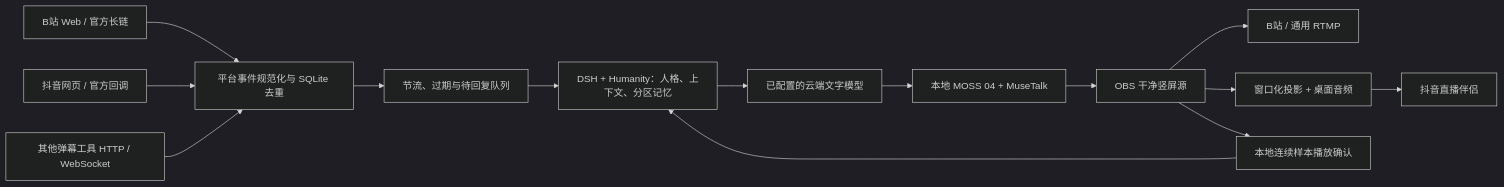
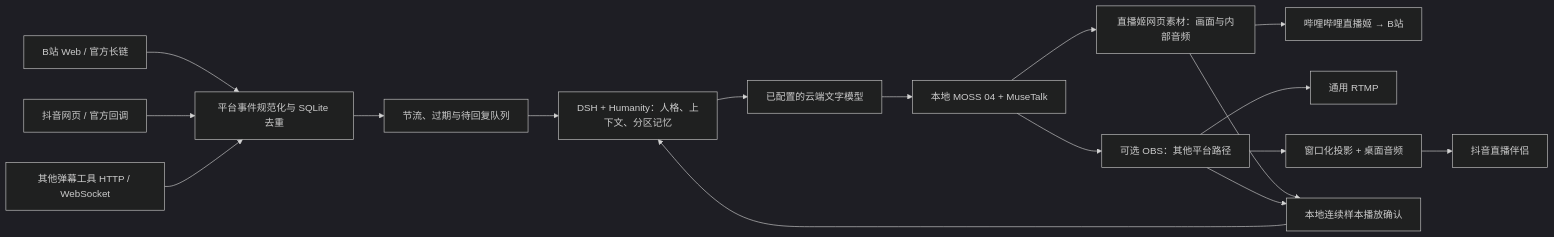
One commit to wikigsroom/Ai-Talk-Streamer changed the diagram in docs/PLATFORM_INTEGRATION.md. Above: the diagram before and after it, drawn with Mermaid (dark theme). The commit also changed other lines of this file and 41 other files, not shown here.

````diff
--- a/docs/PLATFORM_INTEGRATION.md
+++ b/docs/PLATFORM_INTEGRATION.md
@@ -23,16 +23,19 @@
 ```mermaid
 flowchart LR
   B["B站 Web / 官方长链"] --> E["平台事件规范化与 SQLite 去重"]
   D["抖音网页 / 官方回调"] --> E
   R["其他弹幕工具 HTTP / WebSocket"] --> E
   E --> Q["节流、过期与待回复队列"]
   Q --> H["DSH + Humanity：人格、上下文、分区记忆"]
   H --> L["已配置的云端文字模型"]
   L --> T["本地 MOSS 04 + MuseTalk"]
-  T --> O["OBS 干净竖屏源"]
-  O --> BILI["B站 / 通用 RTMP"]
+  T --> N["直播姬网页素材：画面与内部音频"]
+  N --> BILI["哔哩哔哩直播姬 → B站"]
+  T --> O["可选 OBS：其他平台路径"]
+  O --> RTMP["通用 RTMP"]
   O --> P["窗口化投影 + 桌面音频"]
   P --> DY["抖音直播伴侣"]
-  O --> A["本地连续样本播放确认"]
+  N --> A["本地连续样本播放确认"]
+  O --> A
   A --> H
 ```
````
